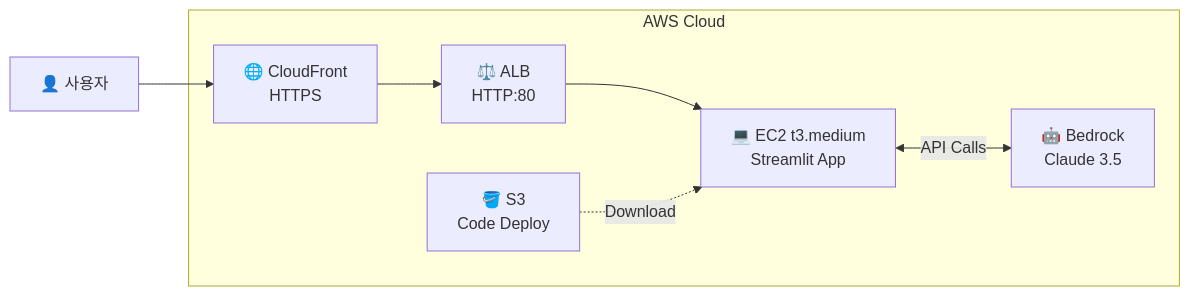
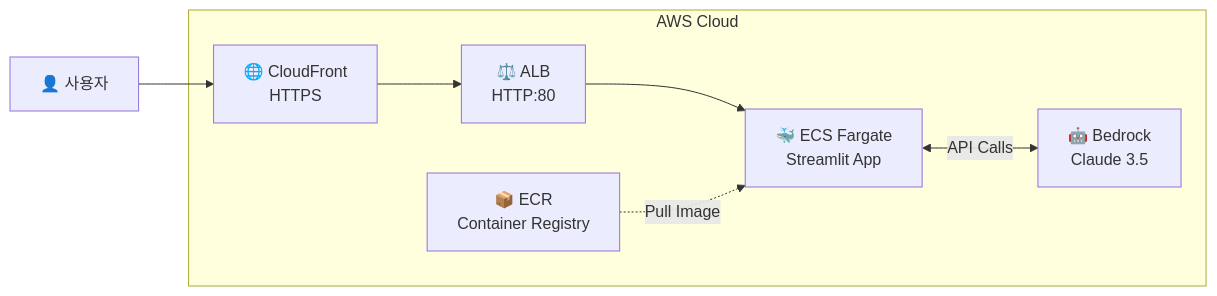
The diagram in README.md (Atom-oh/stock-ai-agent), drawn with Mermaid before and after one commit. The commit also changed other lines of this file and 4 other files, not shown here.

````diff
--- a/README.md
+++ b/README.md
@@ -21,16 +21,16 @@
 ```mermaid
 flowchart LR
     subgraph AWS Cloud
-        S3[🪣 S3<br/>Code Deploy]
+        ECR[📦 ECR<br/>Container Registry]
         CF[🌐 CloudFront<br/>HTTPS]
         ALB[⚖️ ALB<br/>HTTP:80]
-        EC2[💻 EC2 t3.medium<br/>Streamlit App]
+        ECS[🐳 ECS Fargate<br/>Streamlit App]
         Bedrock[🤖 Bedrock<br/>Claude 3.5]
     end
 
     User[👤 사용자] --> CF
     CF --> ALB
-    ALB --> EC2
-    EC2 <--> |API Calls| Bedrock
-    S3 -.-> |Download| EC2
+    ALB --> ECS
+    ECS <--> |API Calls| Bedrock
+    ECR -.-> |Pull Image| ECS
 ```
````
